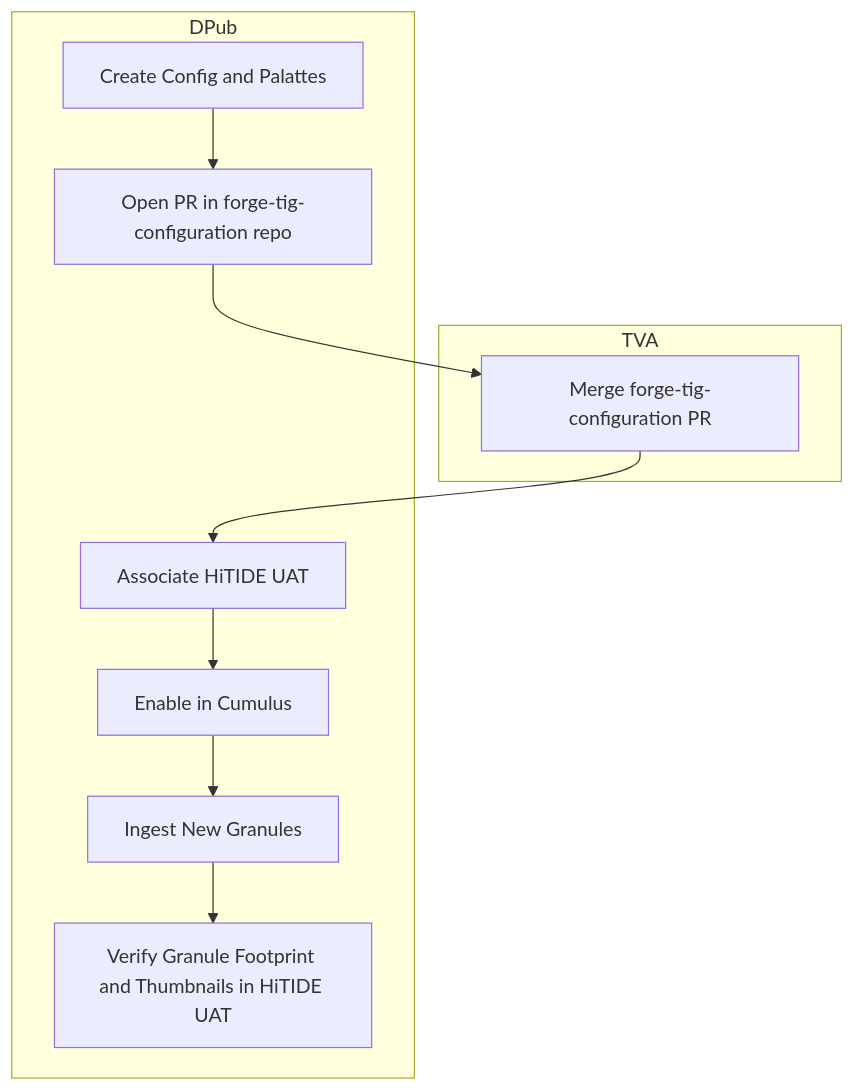
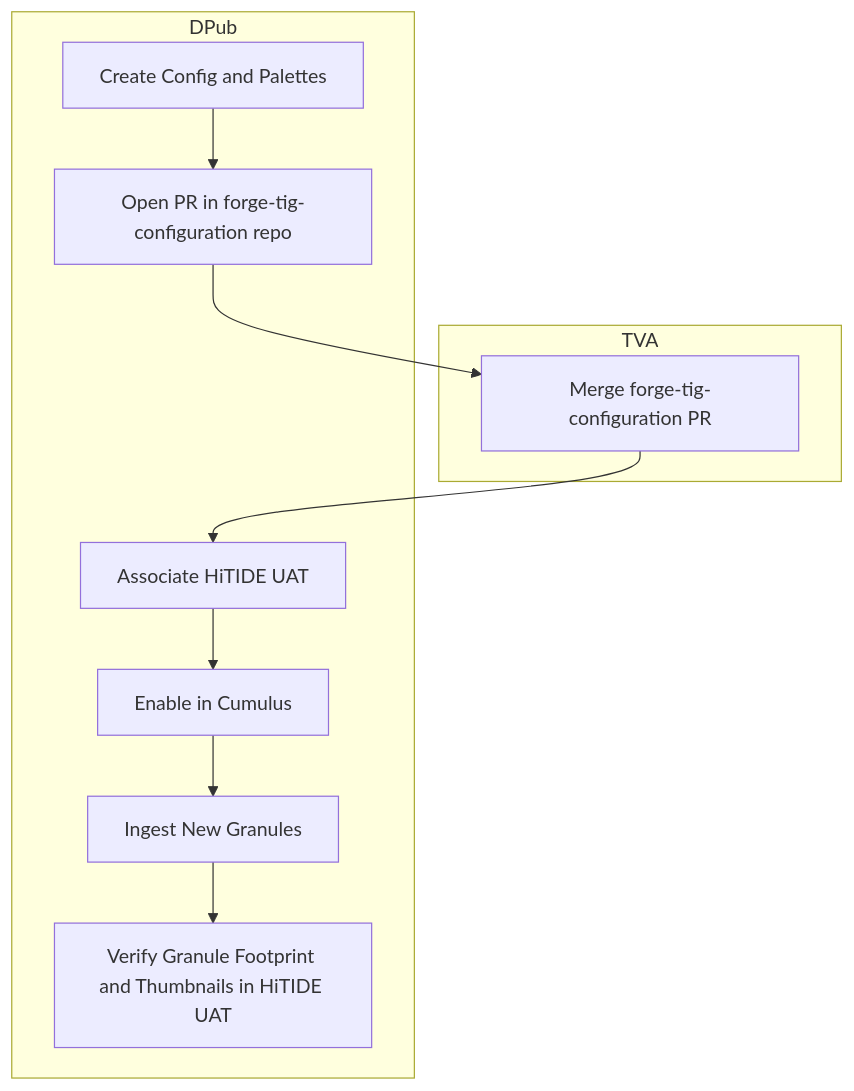
The diagram in add-collection/add-new-collection-to-hitide.md (podaac/hitide), drawn with Mermaid before and after one commit. The commit also changed 1 other file, not shown here.

````diff
--- a/add-collection/add-new-collection-to-hitide.md
+++ b/add-collection/add-new-collection-to-hitide.md
@@ -3,15 +3,15 @@
 ```mermaid
 flowchart TB
     subgraph TVA
     h1[Merge forge-tig-configuration PR]
     end
     subgraph DPub
-    c1[Create Config and Palattes]-->c2[Open PR in forge-tig-configuration repo]
+    c1[Create Config and Palettes]-->c2[Open PR in forge-tig-configuration repo]
     c2-->h1
     h1-->c3[Associate HiTIDE UAT]
     c3-->c6[Enable in Cumulus]
     c6-->c7[Ingest New Granules]
     c7-->c8[Verify Granule Footprint and Thumbnails in HiTIDE UAT]
     end
     click h1 "https://github.com/podaac/hitide/blob/main/add-collection/merge-pr.md" "Details" _blank
 ```
````
